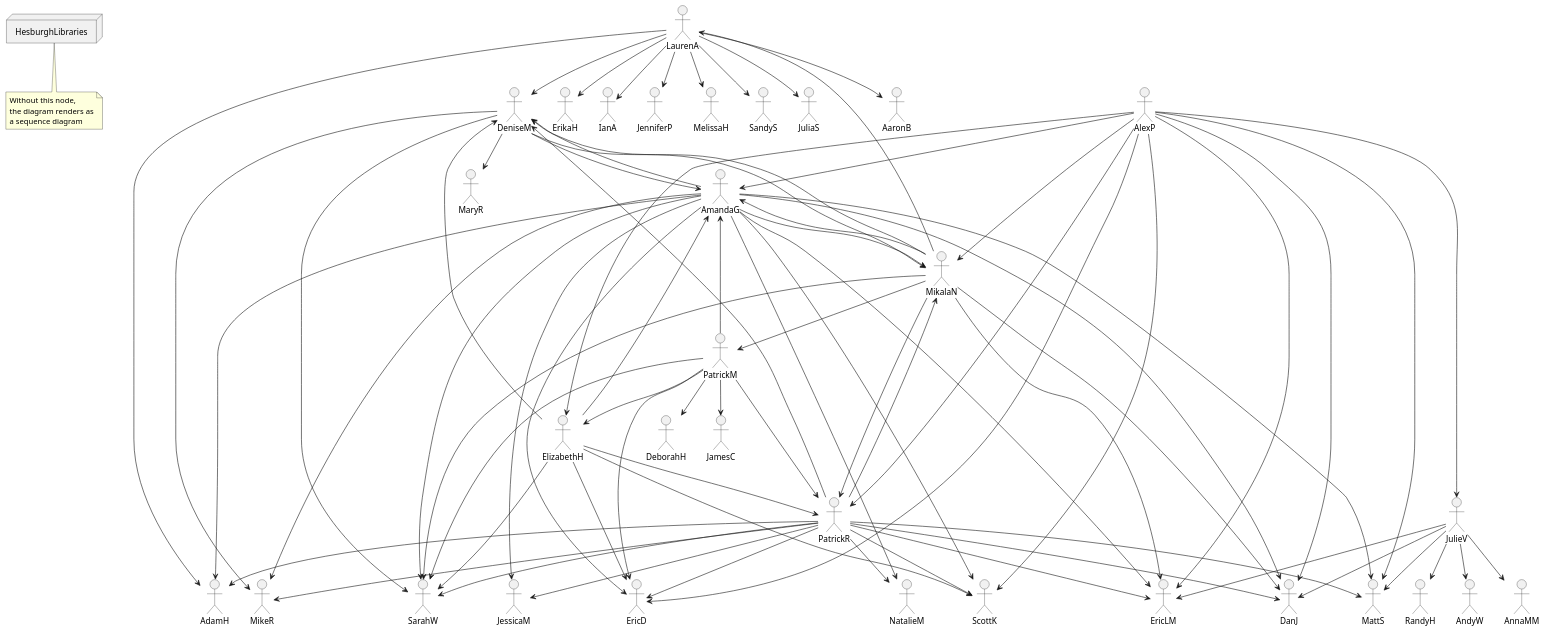
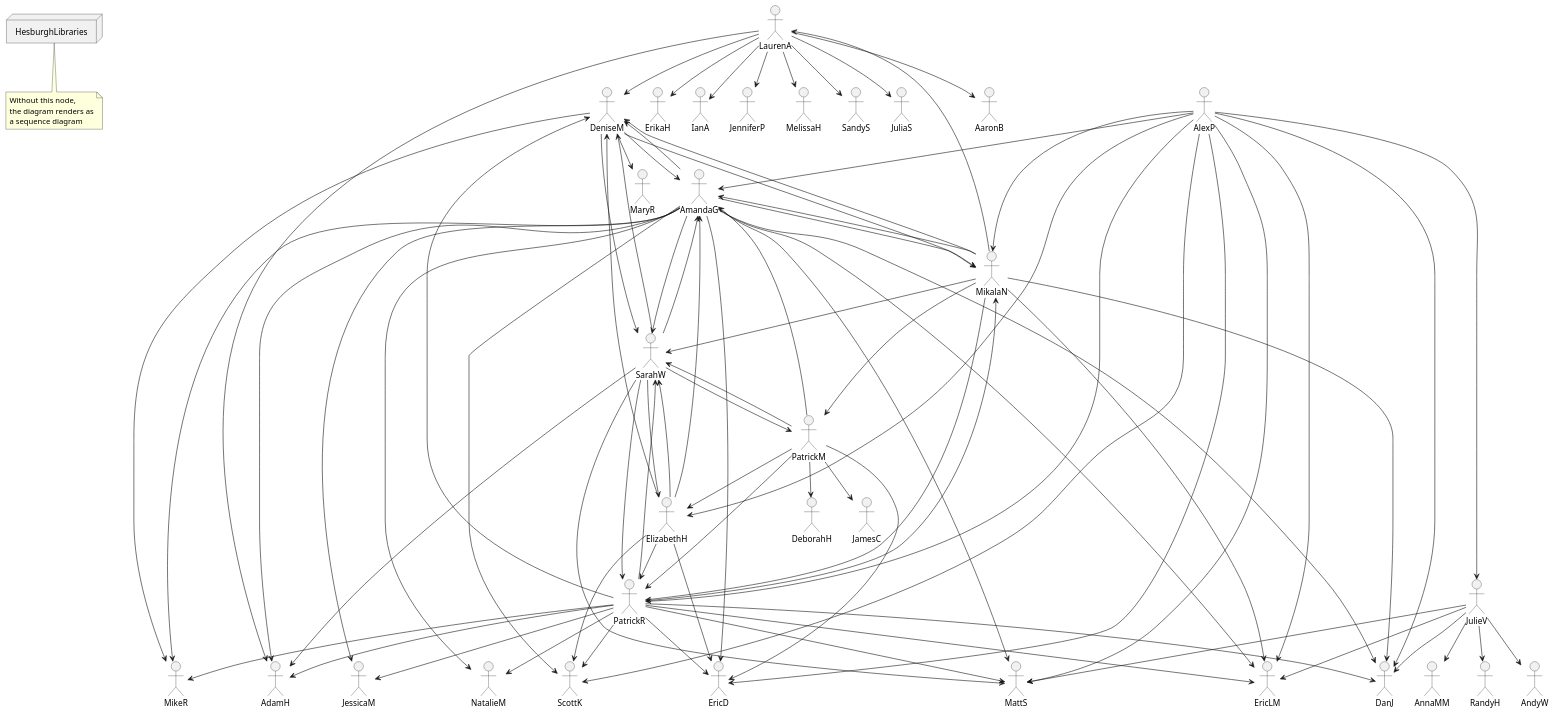
Before and after one commit to ndlib/dam-ecosystem-mapping: the diagram in plantuml/people.puml, drawn with PlantUML. The commit also changed 3 other files, not shown here.

```diff
--- a/plantuml/people.puml
+++ b/plantuml/people.puml
@@ -3,110 +3,117 @@
 @startuml
 node HesburghLibraries
 note bottom of HesburghLibraries
   Without this node,
   the diagram renders as
   a sequence diagram
 end note
 
 actor AaronB
 actor AdamH
 actor AlexP
 actor AmandaG
 actor AnnaMM
 actor DanJ
 actor DeborahH
 actor DeniseM
 actor ElizabethH
 actor EricD
 actor EricLM
 actor ErikaH
 actor IanA
 actor JamesC
 actor JenniferP
 actor JulieV
 actor LaurenA
 actor MelissaH
 actor MikalaN
 actor PatrickM
 actor PatrickR
 actor RandyH
 actor SandyS
 actor SarahW
 
 AlexP --> AmandaG
 AlexP --> DanJ
 AlexP --> ElizabethH
 AlexP --> EricD
 AlexP --> EricLM
 AlexP --> JulieV
 AlexP --> MattS
 AlexP --> MikalaN
 AlexP --> PatrickR
 AlexP --> ScottK
 AmandaG --> AdamH
 AmandaG --> DanJ
 AmandaG --> DeniseM
 AmandaG --> EricD
 AmandaG --> EricLM
 AmandaG --> JessicaM
 AmandaG --> MattS
 AmandaG --> MikalaN
 AmandaG --> MikeR
 AmandaG --> NatalieM
 AmandaG --> SarahW
 AmandaG --> ScottK
 DeniseM --> AmandaG
 DeniseM --> MaryR
 DeniseM --> MikalaN
 DeniseM --> MikeR
 DeniseM --> SarahW
 ElizabethH --> AmandaG
 ElizabethH --> DeniseM
 ElizabethH --> EricD
 ElizabethH --> PatrickR
 ElizabethH --> SarahW
 ElizabethH --> ScottK
 JulieV --> AndyW
 JulieV --> AnnaMM
 JulieV --> DanJ
 JulieV --> EricLM
 JulieV --> MattS
 JulieV --> RandyH
 LaurenA --> AaronB
 LaurenA --> AdamH
 LaurenA --> DeniseM
 LaurenA --> ErikaH
 LaurenA --> IanA
 LaurenA --> JenniferP
 LaurenA --> JuliaS
 LaurenA --> MelissaH
 LaurenA --> SandyS
 MikalaN --> AmandaG
 MikalaN --> DanJ
 MikalaN --> DeniseM
 MikalaN --> EricLM
 MikalaN --> LaurenA
 MikalaN --> PatrickM
 MikalaN --> PatrickR
 MikalaN --> SarahW
 PatrickM --> AmandaG
 PatrickM --> DeborahH
 PatrickM --> ElizabethH
 PatrickM --> EricD
 PatrickM --> JamesC
 PatrickM --> PatrickR
 PatrickM --> SarahW
 PatrickR --> AdamH
 PatrickR --> DanJ
 PatrickR --> DeniseM
 PatrickR --> EricD
 PatrickR --> EricLM
 PatrickR --> JessicaM
 PatrickR --> MattS
 PatrickR --> MikalaN
 PatrickR --> MikeR
 PatrickR --> NatalieM
 PatrickR --> SarahW
 PatrickR --> ScottK
+SarahW --> AdamH
+SarahW --> AmandaG
+SarahW --> DeniseM
+SarahW --> ElizabethH
+SarahW --> MattS
+SarahW --> PatrickM
+SarahW --> PatrickR
 
 @enduml
```
